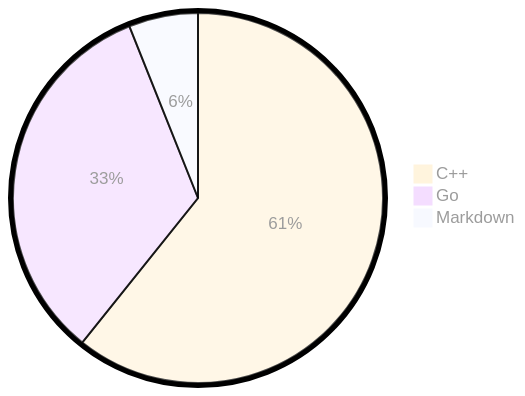
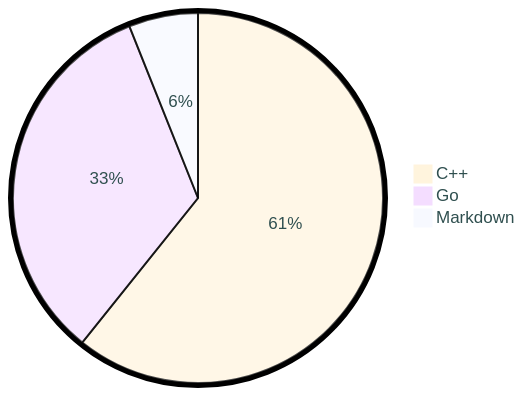
One commit to tot0p/tot0p changed the diagram in README.md. Above: the diagram before and after it, drawn with Mermaid.

Commit message:
wakatime update

````diff
--- a/README.md
+++ b/README.md
@@ -77,7 +77,7 @@
 ```mermaid
-%%{init: {"pie": {"textPosition": 0.5}, "themeVariables": {"pieOuterStrokeWidth": "5px","primaryTextColor" : "#9C9C9C"},"theme":"base"} }%%
+%%{init: {"pie": {"textPosition": 0.5}, "themeVariables": {"pieOuterStrokeWidth": "5px","primaryTextColor" : "#2F4F4F"},"theme":"base"} }%%
 pie
 	"C++": 60.04
 	"Go": 32.82
 	"Markdown": 5.98
 ```
````
